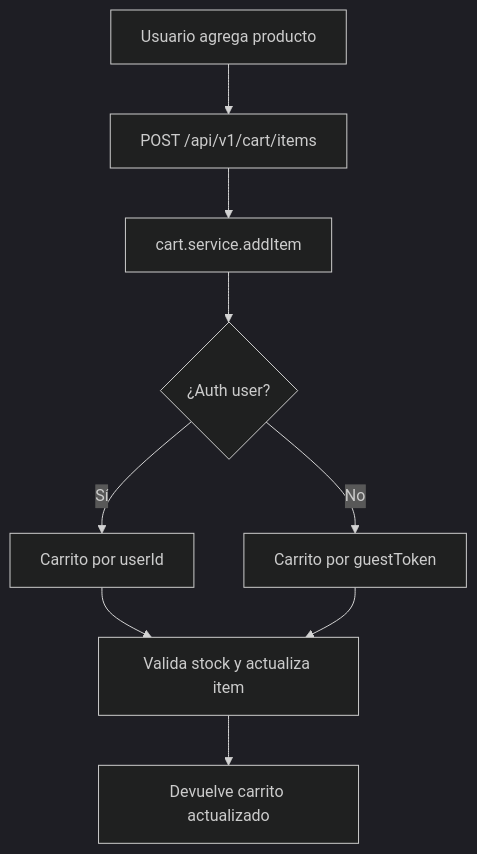
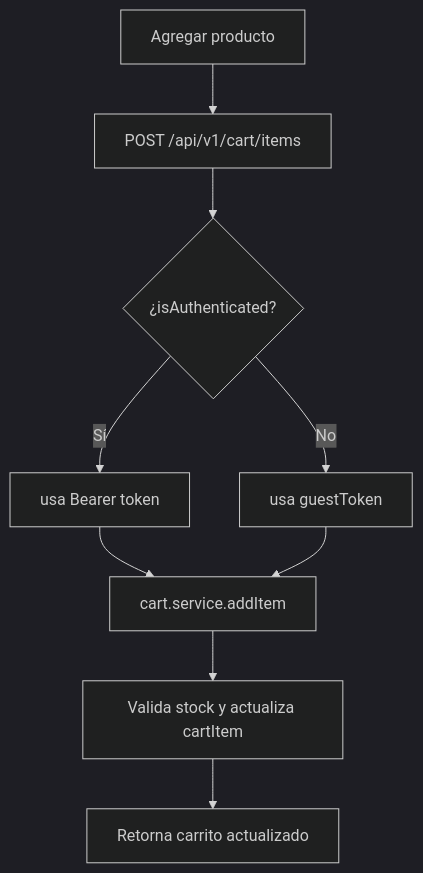
The third of 5 diagrams in docs/arquitectura/03-Flujos.md (Ivy-Mk2/Proyecto-de-tienda-online---Front-Back-End), drawn with Mermaid (dark theme) before and after one commit. The commit also changed other lines of this file and 8 other files, not shown here.

````diff
--- a/docs/arquitectura/03-Flujos.md
+++ b/docs/arquitectura/03-Flujos.md
@@ -27,11 +28,11 @@
 ```mermaid
 flowchart TD
-  A[Usuario agrega producto] --> B[POST /api/v1/cart/items]
-  B --> C[cart.service.addItem]
-  C --> D{¿Auth user?}
-  D -- Sí --> E[Carrito por userId]
-  D -- No --> F[Carrito por guestToken]
-  E --> G[Valida stock y actualiza item]
-  F --> G
-  G --> H[Devuelve carrito actualizado]
+  A[Agregar producto] --> B[POST /api/v1/cart/items]
+  B --> C{¿isAuthenticated?}
+  C -- Sí --> D[usa Bearer token]
+  C -- No --> E[usa guestToken]
+  D --> F[cart.service.addItem]
+  E --> F
+  F --> G[Valida stock y actualiza cartItem]
+  G --> H[Retorna carrito actualizado]
 ```
````
